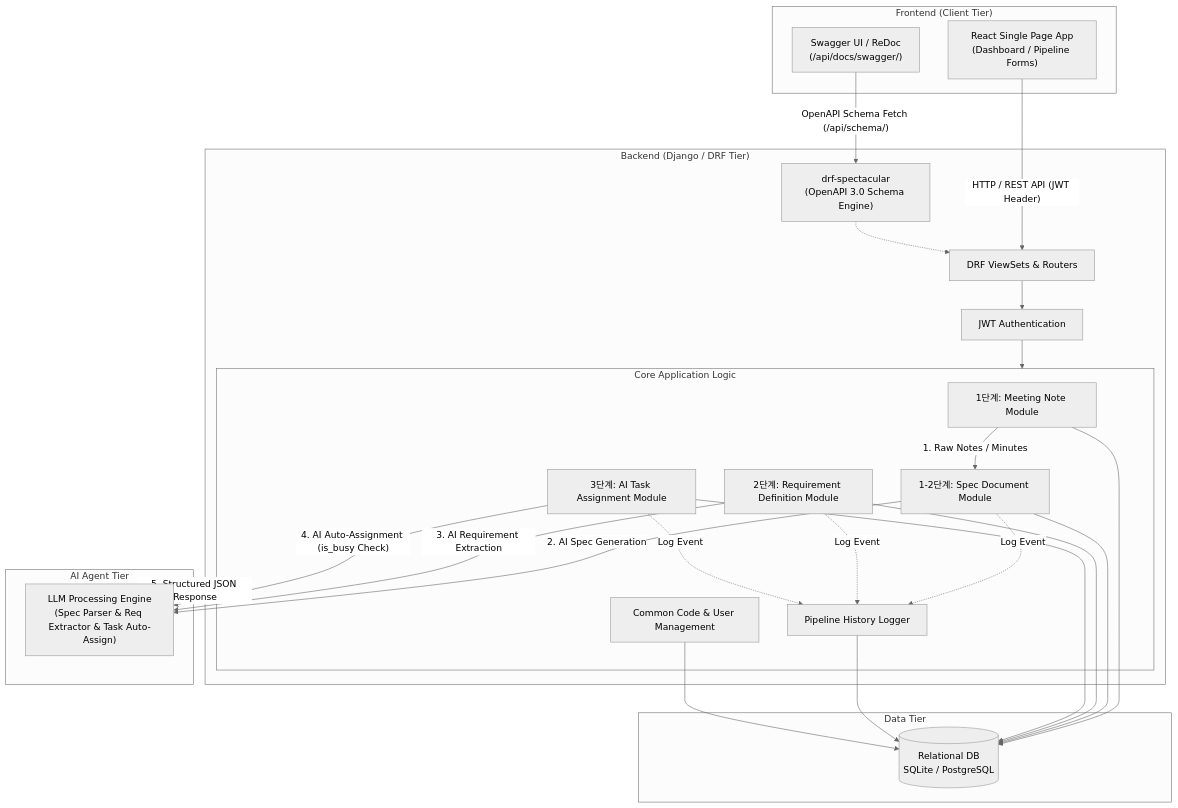
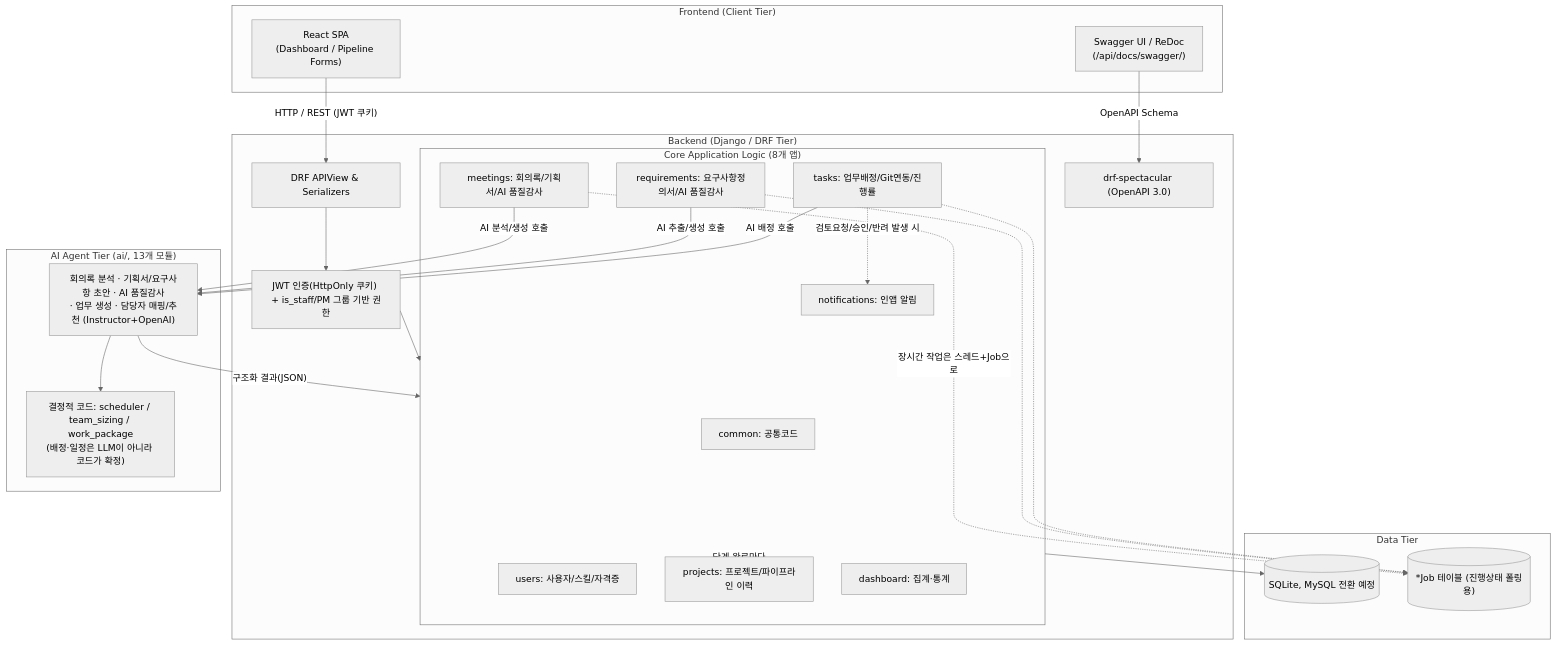
One commit to SKNETWORKS-FAMILY-AICAMP/SKN31-FINAL-1Team changed the first of 2 diagrams in backend/backend_readme.md. Above: the diagram before and after it, drawn with Mermaid (neutral theme). The commit also changed other lines of this file and 8 other files, not shown here.

````diff
--- a/backend/backend_readme.md
+++ b/backend/backend_readme.md
@@ -13,59 +11,52 @@
 ```mermaid
 flowchart TB
   subgraph Client ["Frontend (Client Tier)"]
-      ReactUI["React Single Page App<br/>(Dashboard / Pipeline Forms)"]
+      ReactUI["React SPA<br/>(Dashboard / Pipeline Forms)"]
       SwaggerUI["Swagger UI / ReDoc<br/>(/api/docs/swagger/)"]
   end
 
   subgraph Backend ["Backend (Django / DRF Tier)"]
-      Router["DRF ViewSets & Routers"]
-      AuthModule["JWT Authentication"]
-      DocsEngine["drf-spectacular<br/>(OpenAPI 3.0 Schema Engine)"]
-      
-      subgraph BusinessLogic ["Core Application Logic"]
-          MeetingService["1단계: Meeting Note Module"]
-          SpecService["1-2단계: Spec Document Module"]
-          ReqService["2단계: Requirement Definition Module"]
-          TaskService["3단계: AI Task Assignment Module"]
-          HistoryService["Pipeline History Logger"]
-          CommonService["Common Code & User Management"]
+      Router["DRF APIView & Serializers"]
+      AuthModule["JWT 인증(HttpOnly 쿠키) + is_staff/PM 그룹 기반 권한"]
+      DocsEngine["drf-spectacular (OpenAPI 3.0)"]
+
+      subgraph BusinessLogic ["Core Application Logic (8개 앱)"]
+          CommonSvc["common: 공통코드"]
+          UserSvc["users: 사용자/스킬/자격증"]
+          ProjectSvc["projects: 프로젝트/파이프라인 이력"]
+          MeetingSvc["meetings: 회의록/기획서/AI 품질감사"]
+          ReqSvc["requirements: 요구사항정의서/AI 품질감사"]
+          TaskSvc["tasks: 업무배정/Git연동/진행률"]
+          NotifSvc["notifications: 인앱 알림"]
+          DashSvc["dashboard: 집계·통계"]
       end
   end
 
-  subgraph AI_Engine ["AI Agent Tier"]
-      LLM_Agent["LLM Processing Engine<br/>(Spec Parser & Req Extractor & Task Auto-Assign)"]
+  subgraph AI_Engine ["AI Agent Tier (ai/, 13개 모듈)"]
+      LLM_Agent["회의록 분석 · 기획서/요구사항 초안 · AI 품질감사<br/>· 업무 생성 · 담당자 매핑/추천 (Instructor+OpenAI)"]
+      Scheduler["결정적 코드: scheduler / team_sizing / work_package<br/>(배정·일정은 LLM이 아니라 코드가 확정)"]
   end
 
   subgraph DataTier ["Data Tier"]
-      DB[(Relational DB<br/>SQLite / PostgreSQL)]
+      DB[(SQLite, MySQL 전환 예정)]
+      JobTables[("*Job 테이블 (진행상태 폴링용)")]
   end
 
-  %% Interactions
-  ReactUI -->|"HTTP / REST API (JWT Header)"| Router
-  SwaggerUI -->|"OpenAPI Schema Fetch (/api/schema/)"| DocsEngine
-  DocsEngine -.-> Router
+  ReactUI -->|"HTTP / REST (JWT 쿠키)"| Router
+  SwaggerUI -->|"OpenAPI Schema"| DocsEngine
+  Router --> AuthModule --> BusinessLogic
 
-  Router --> AuthModule
-  AuthModule --> BusinessLogic
+  MeetingSvc -->|"AI 분석/생성 호출"| LLM_Agent
+  ReqSvc -->|"AI 추출/생성 호출"| LLM_Agent
+  TaskSvc -->|"AI 배정 호출"| LLM_Agent
+  LLM_Agent --> Scheduler
+  LLM_Agent -->|"구조화 결과(JSON)"| BusinessLogic
 
-  %% Multi-Stage AI Pipeline Execution Steps
-  MeetingService -->|"1. Raw Notes / Minutes"| SpecService
-  SpecService -->|"2. AI Spec Generation"| LLM_Agent
-  ReqService -->|"3. AI Requirement Extraction"| LLM_Agent
-  TaskService -->|"4. AI Auto-Assignment (is_busy Check)"| LLM_Agent
+  MeetingSvc -.->|"장시간 작업은 스레드+Job으로"| JobTables
+  ReqSvc -.-> JobTables
+  TaskSvc -.-> JobTables
 
-  LLM_Agent -->|"5. Structured JSON Response"| BusinessLogic
-
-  %% Pipeline History Logging
-  SpecService -.->|"Log Event"| HistoryService
-  ReqService -.->|"Log Event"| HistoryService
-  TaskService -.->|"Log Event"| HistoryService
-
-  %% Data Persistence
-  MeetingService --> DB
-  SpecService --> DB
-  ReqService --> DB
-  TaskService --> DB
-  HistoryService --> DB
-  CommonService --> DB 
+  BusinessLogic --> DB
+  TaskSvc -.->|"검토요청/승인/반려 발생 시"| NotifSvc
+  BusinessLogic -.->|"단계 완료마다"| ProjectSvc
 ```
````
